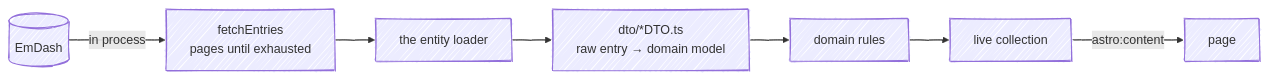
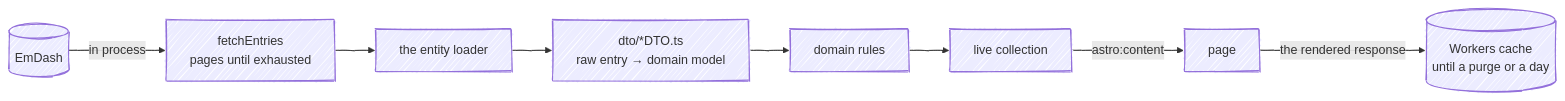
One commit to fbuireu/biancafiore changed the diagram in docs/wiki/Content-Model.md. Above: the diagram before and after it, drawn with Mermaid. The commit also changed other lines of this file and 15 other files, not shown here.

First line of the commit message:
docs(wiki): document how a request, a publish, a contact and consent flow

````diff
--- a/docs/wiki/Content-Model.md
+++ b/docs/wiki/Content-Model.md
@@ -29,14 +29,15 @@
 ```mermaid
 ---
 config:
   look: handDrawn
   layout: dagre
 ---
 flowchart LR
     cms[("EmDash")] -- "in process" --> fetch["fetchEntries<br/>pages until exhausted"]
     fetch --> loader["the entity loader"]
     loader --> dto["dto/*DTO.ts<br/>raw entry → domain model"]
     dto --> rules["domain rules"]
     rules --> collection["live collection"]
     collection -- "astro:content" --> page["page"]
+    page -- "the rendered response" --> cache[("Workers cache<br/>until a purge or a day")]
 ```
````
